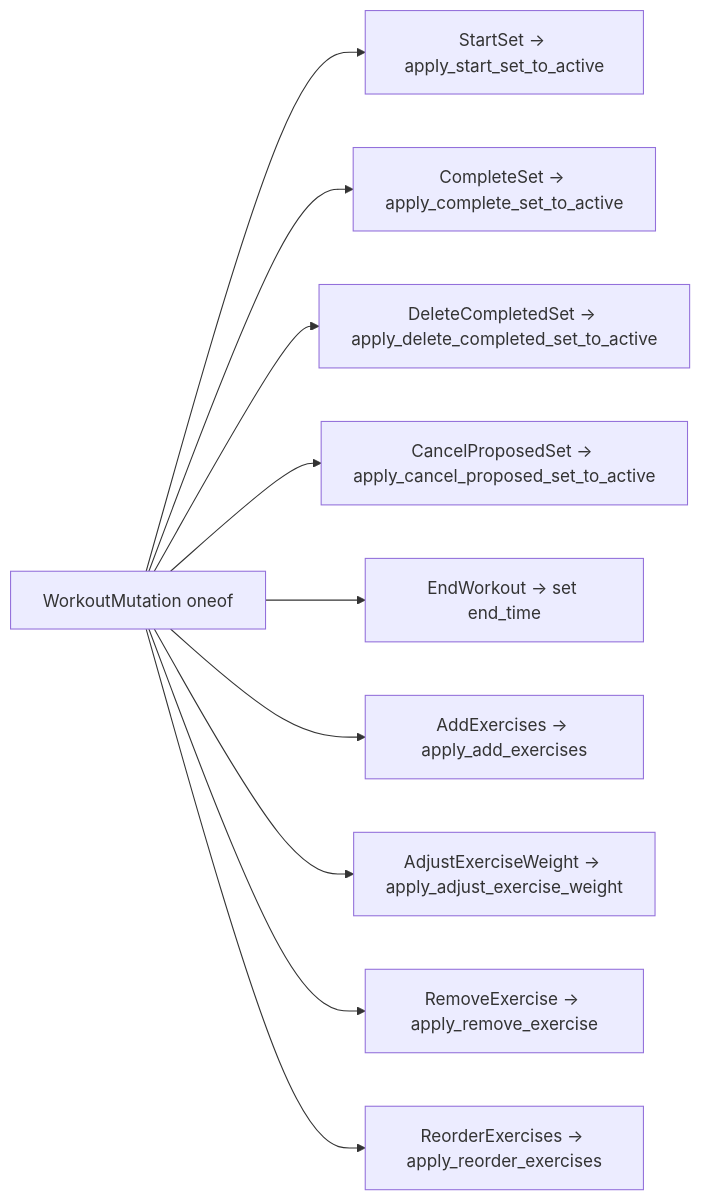
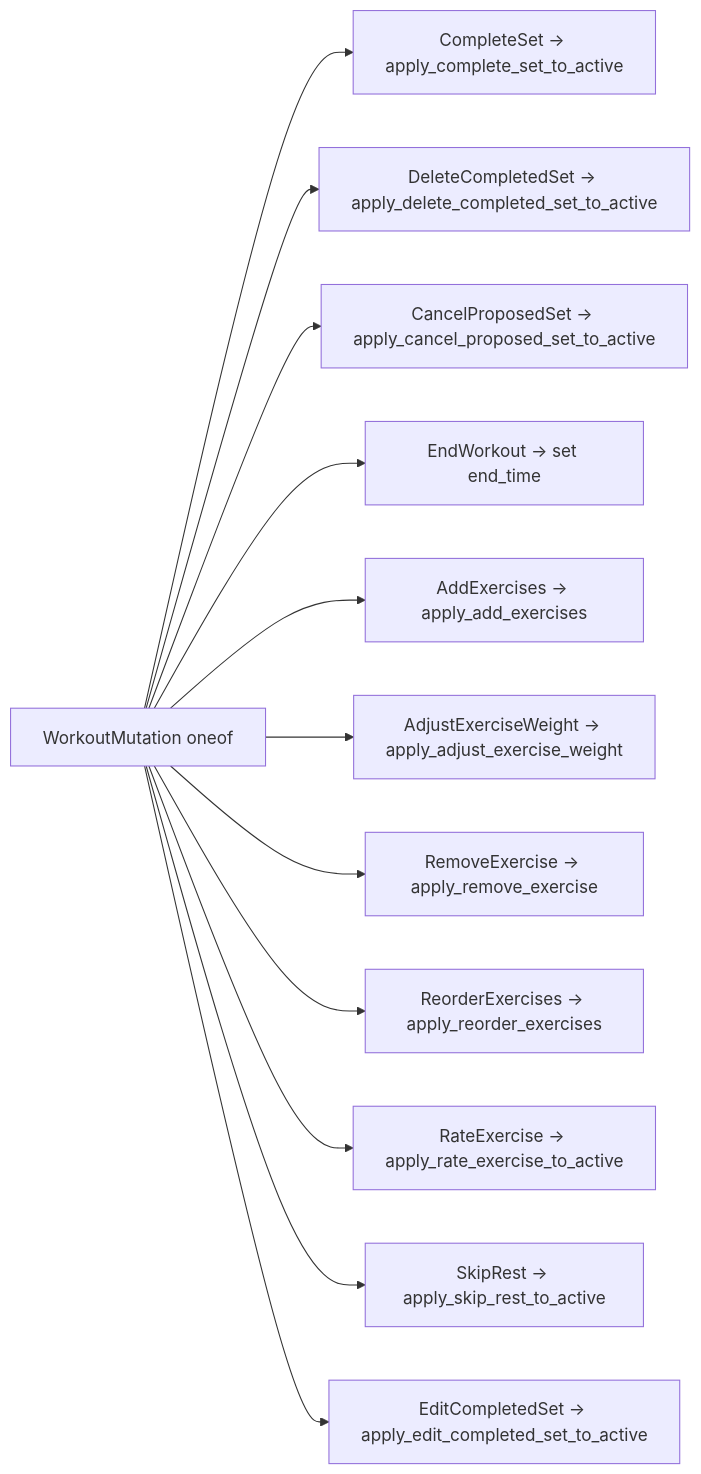
The sixth of 7 diagrams in docs/architecture/workout-lifecycle.md (brensch/lift), drawn with Mermaid before and after one commit. The commit also changed other lines of this file and 228 other files, not shown here.

````diff
--- a/docs/architecture/workout-lifecycle.md
+++ b/docs/architecture/workout-lifecycle.md
@@ -129,12 +207,14 @@
 ```mermaid
 graph LR
-    m["WorkoutMutation oneof"] --> t1["StartSet → apply_start_set_to_active"]
-    m --> t2["CompleteSet → apply_complete_set_to_active"]
+    m["WorkoutMutation oneof"] --> t2["CompleteSet → apply_complete_set_to_active"]
     m --> t3["DeleteCompletedSet → apply_delete_completed_set_to_active"]
     m --> t4["CancelProposedSet → apply_cancel_proposed_set_to_active"]
     m --> t5["EndWorkout → set end_time"]
     m --> t6["AddExercises → apply_add_exercises"]
     m --> t7["AdjustExerciseWeight → apply_adjust_exercise_weight"]
     m --> t8["RemoveExercise → apply_remove_exercise"]
     m --> t9["ReorderExercises → apply_reorder_exercises"]
+    m --> t10["RateExercise → apply_rate_exercise_to_active"]
+    m --> t11["SkipRest → apply_skip_rest_to_active"]
+    m --> t12["EditCompletedSet → apply_edit_completed_set_to_active"]
 ```
````
